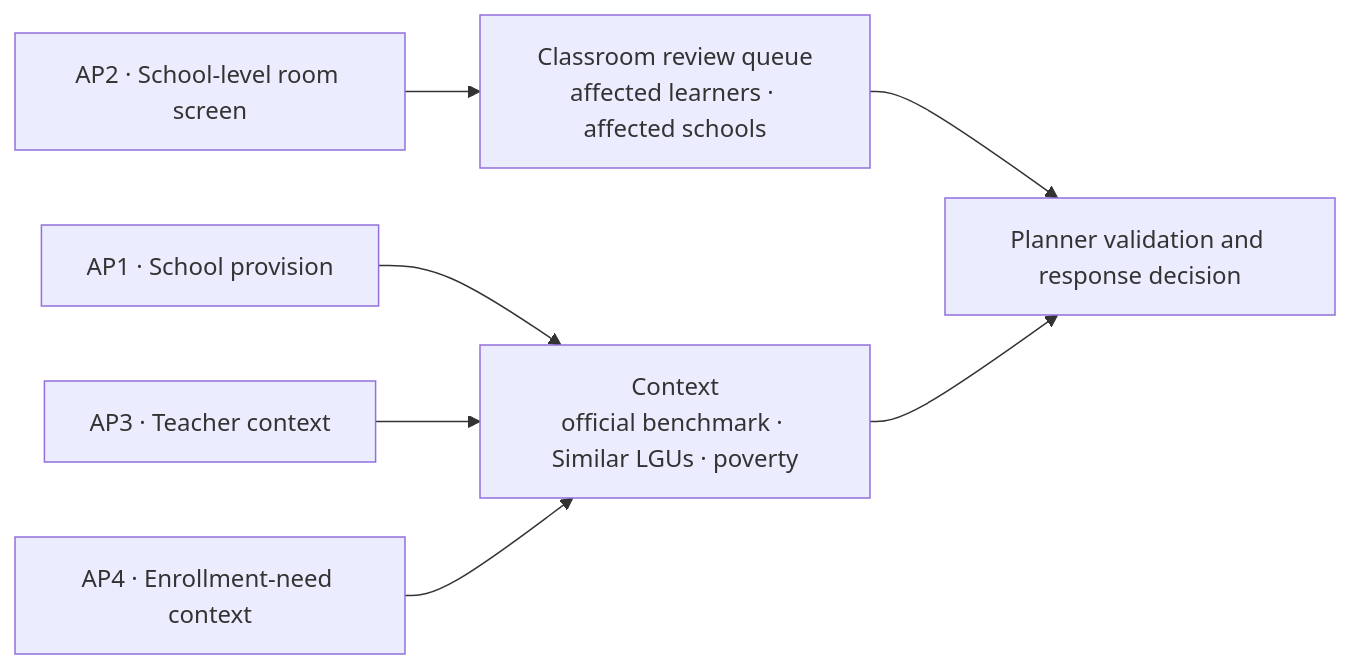
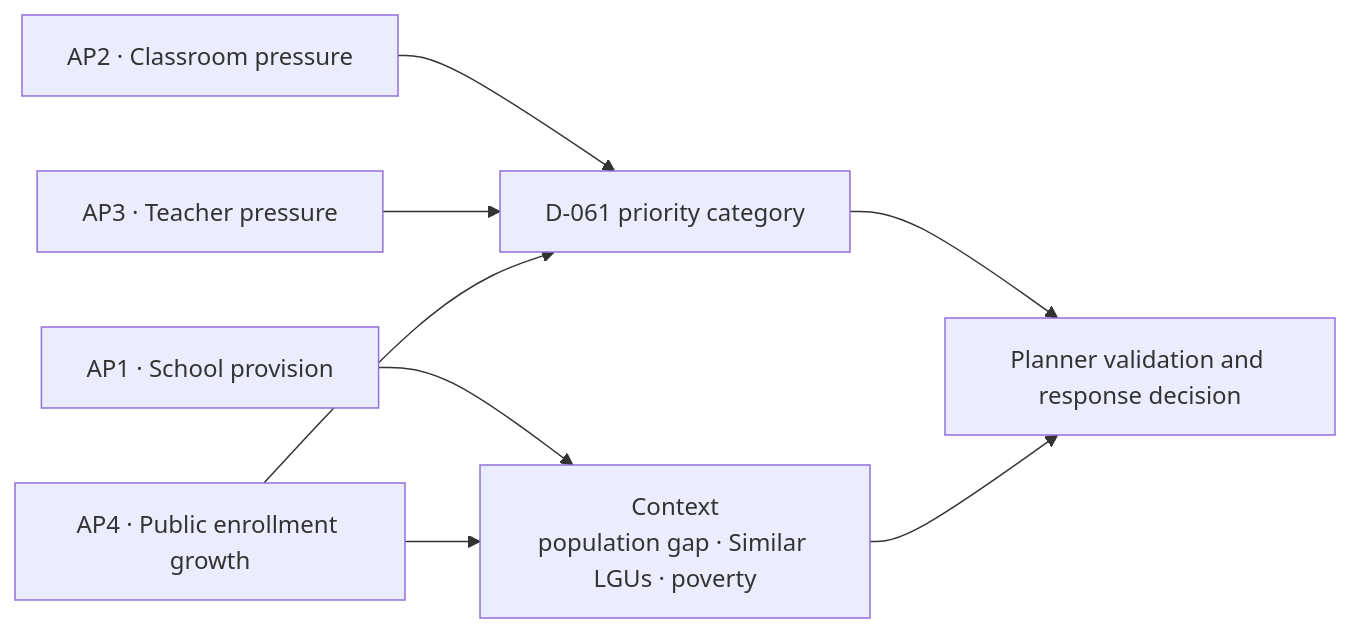
One commit to hyenalouise/edu-access-sandbox changed the diagram in docs/business/business-analytics-problem.md. Above: the diagram before and after it, drawn with Mermaid. The commit also changed other lines of this file and 31 other files, not shown here.

First line of the commit message:
Set planning priority from classroom and teacher pressure and public-enrollment growth (D-061) (#232)

````diff
--- a/docs/business/business-analytics-problem.md
+++ b/docs/business/business-analytics-problem.md
@@ -43,9 +43,10 @@
 ```mermaid
 flowchart LR
     AP1["AP1 · School provision"] --> X["Separate planning context"]
-    AP2["AP2 · School-level room screen"] --> P["Classroom review queue<br/>affected learners · affected schools"]
-    AP3["AP3 · Teacher context"] --> X
-    AP4["AP4 · Enrollment-need context"] --> X["Context<br/>official benchmark · Similar LGUs · poverty"]
+    AP2["AP2 · Classroom pressure"] --> P["D-061 priority category"]
+    AP3["AP3 · Teacher pressure"] --> P
+    AP4["AP4 · Public enrollment growth"] --> P
+    AP4 --> X["Context<br/>population gap · Similar LGUs · poverty"]
     P --> R["Planner validation and response decision"]
     X --> R
 ```
````
